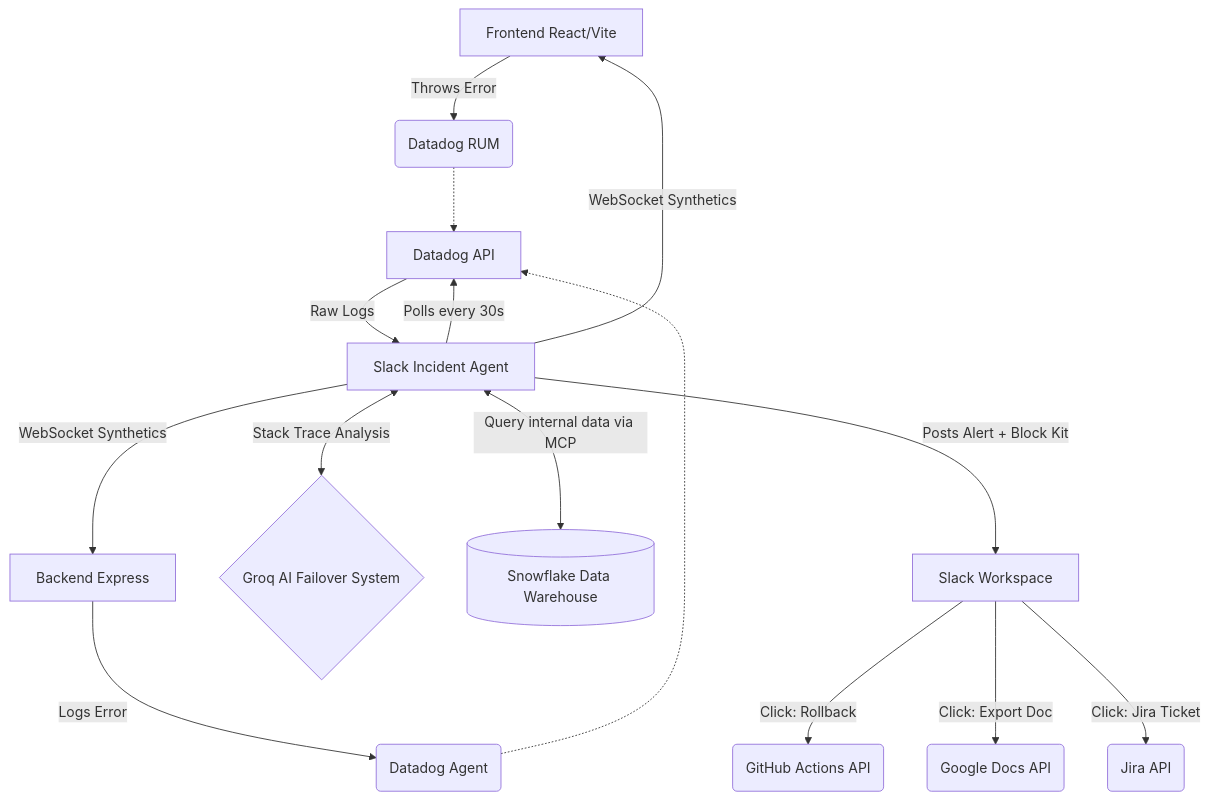
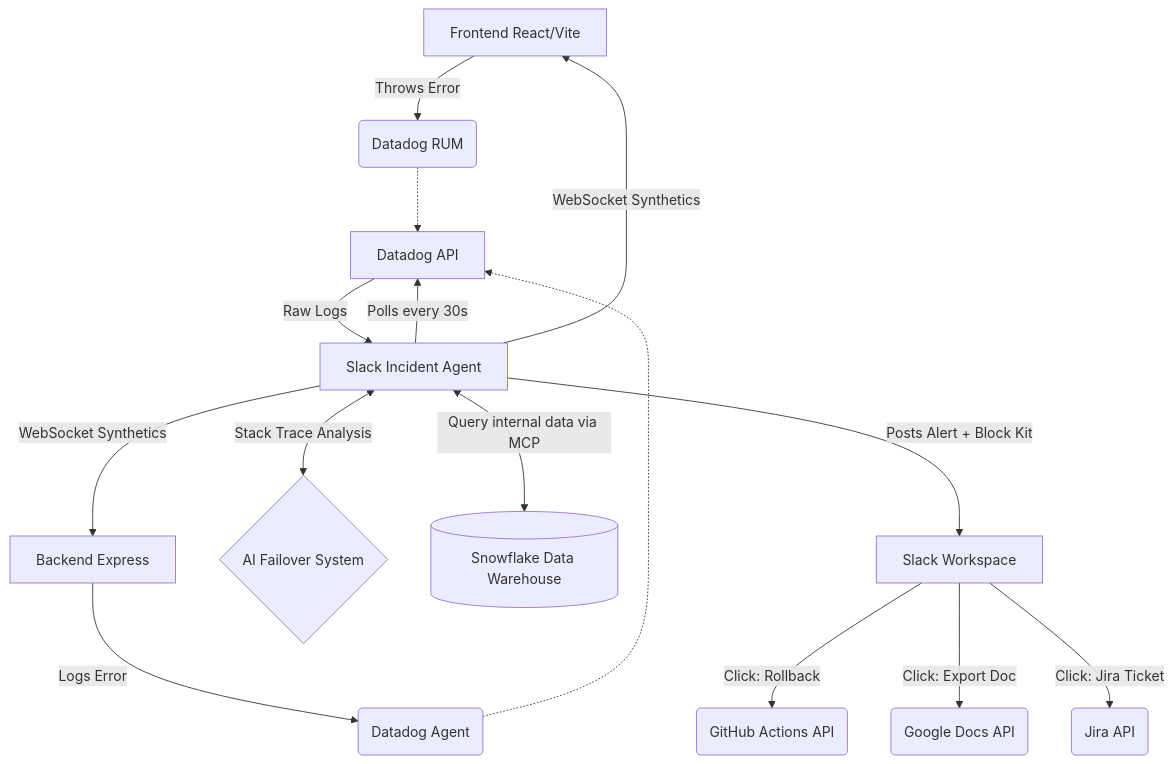
Before and after one commit to JashKotadiya/slack-incident-agent: the diagram in README.md, drawn with Mermaid. The commit also changed other lines of this file, not shown here.

````diff
--- a/README.md
+++ b/README.md
@@ -20,23 +19,23 @@
 ```mermaid
 graph TD
     A[Frontend React/Vite] -->|Throws Error| B(Datadog RUM)
     C[Backend Express] -->|Logs Error| D(Datadog Agent)
     
     B -.-> E[Datadog API]
     D -.-> E
     
     F[Slack Incident Agent] -->|Polls every 30s| E
     F -->|WebSocket Synthetics| A
     F -->|WebSocket Synthetics| C
     
     E -->|Raw Logs| F
-    F <-->|Stack Trace Analysis| G{Groq AI Failover System}
+    F <-->|Stack Trace Analysis| G{ AI Failover System}
     
     F <-->|Query internal data via MCP| L[(Snowflake Data Warehouse)]
     
     F -->|Posts Alert + Block Kit| H[Slack Workspace]
     
     H -->|Click: Rollback| I(GitHub Actions API)
     H -->|Click: Export Doc| J(Google Docs API)
     H -->|Click: Jira Ticket| K(Jira API)
 ```
````
